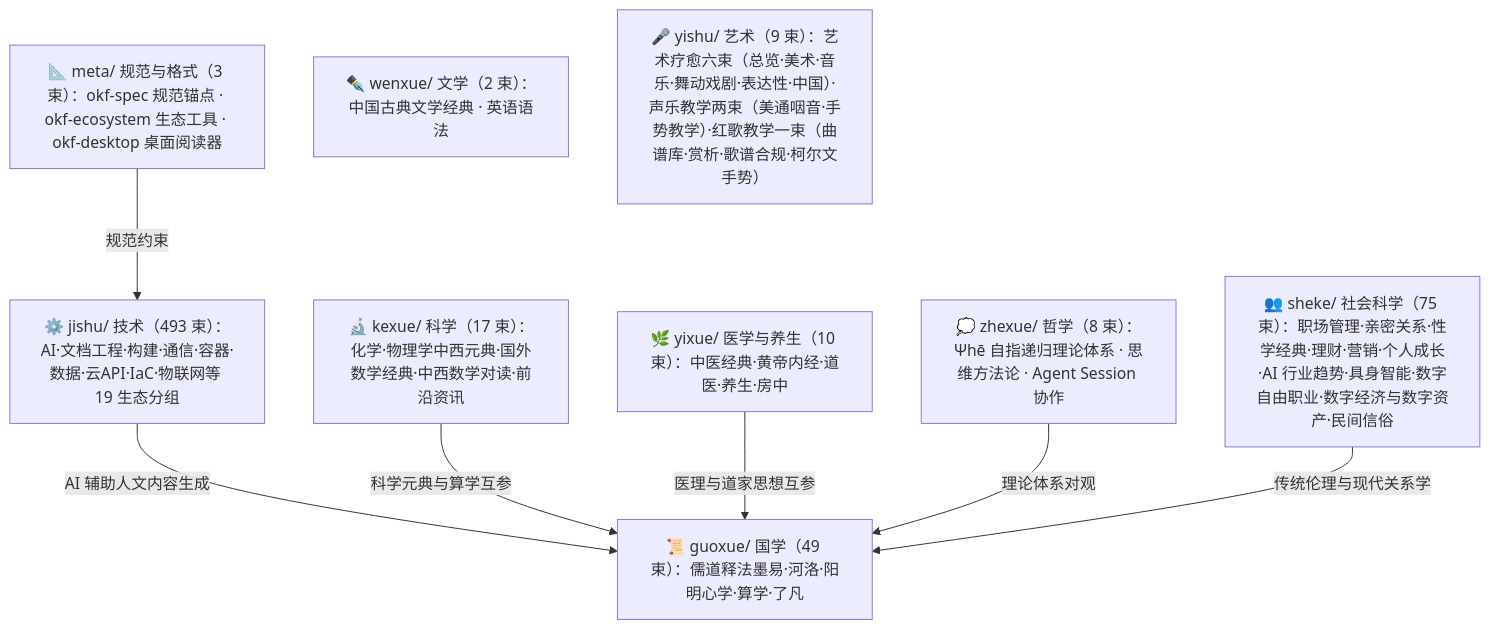
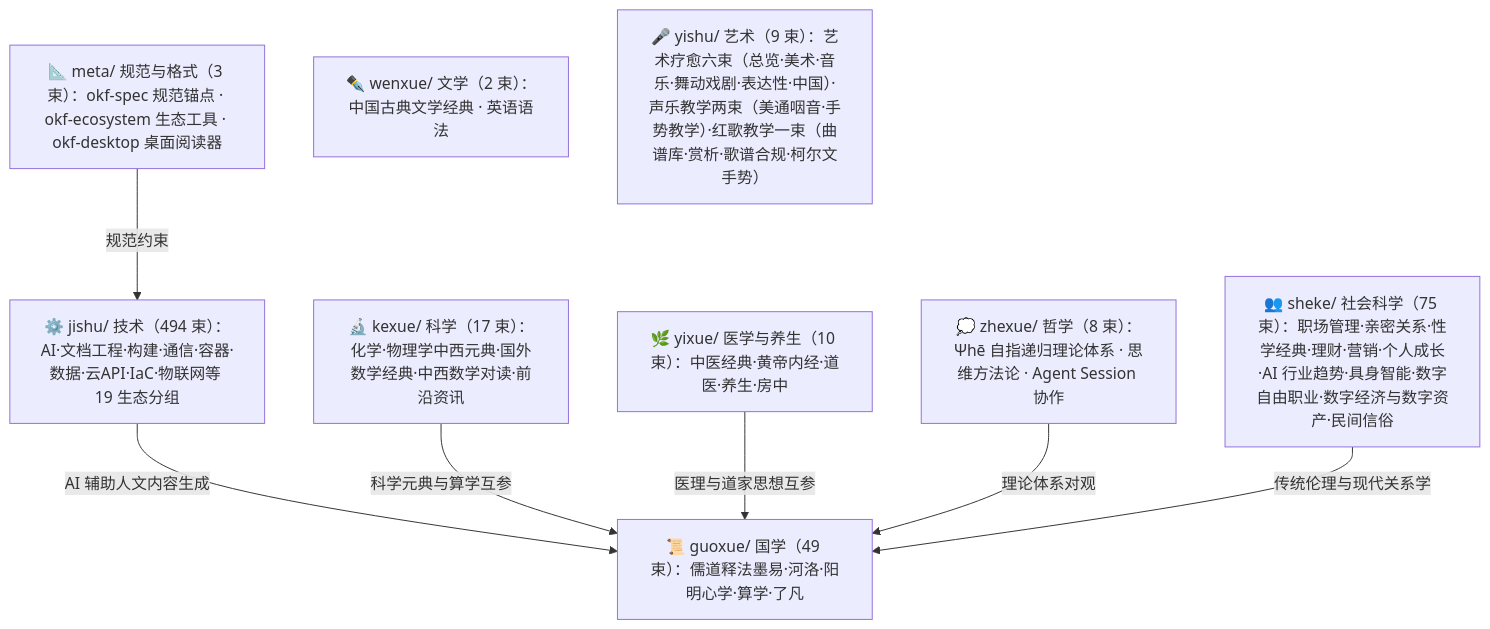
Before and after one commit to awesome-flexloop/awesome-okf: the diagram in doc/bundles/index.md, drawn with Mermaid. The commit also changed other lines of this file and 25 other files, not shown here.

````diff
--- a/doc/bundles/index.md
+++ b/doc/bundles/index.md
@@ -21,18 +21,18 @@
 ```mermaid
 flowchart TD
     meta["📐 meta/ 规范与格式（3 束）：okf-spec 规范锚点 · okf-ecosystem 生态工具 · okf-desktop 桌面阅读器"]
     guoxue["📜 guoxue/ 国学（49 束）：儒道释法墨易·河洛·阳明心学·算学·了凡"]
     zhexue["💭 zhexue/ 哲学（8 束）：Ψhē 自指递归理论体系 · 思维方法论 · Agent Session 协作"]
     kexue["🔬 kexue/ 科学（17 束）：化学·物理学中西元典·国外数学经典·中西数学对读·前沿资讯"]
     wenxue["✒️ wenxue/ 文学（2 束）：中国古典文学经典 · 英语语法"]
     yixue["🌿 yixue/ 医学与养生（10 束）：中医经典·黄帝内经·道医·养生·房中"]
     sheke["👥 sheke/ 社会科学（75 束）：职场管理·亲密关系·性学经典·理财·营销·个人成长·AI 行业趋势·具身智能·数字自由职业·数字经济与数字资产·民间信俗"]
     yishu["🎤 yishu/ 艺术（9 束）：艺术疗愈六束（总览·美术·音乐·舞动戏剧·表达性·中国）·声乐教学两束（美通咽音·手势教学）·红歌教学一束（曲谱库·赏析·歌谱合规·柯尔文手势）"]
-    jishu["⚙️ jishu/ 技术（493 束）：AI·文档工程·构建·通信·容器·数据·云API·IaC·物联网等 19 生态分组"]
+    jishu["⚙️ jishu/ 技术（494 束）：AI·文档工程·构建·通信·容器·数据·云API·IaC·物联网等 19 生态分组"]
     meta -->|"规范约束"| jishu
     jishu -->|"AI 辅助人文内容生成"| guoxue
     kexue -->|"科学元典与算学互参"| guoxue
     yixue -->|"医理与道家思想互参"| guoxue
     zhexue -->|"理论体系对观"| guoxue
     sheke -->|"传统伦理与现代关系学"| guoxue
 ```
````
